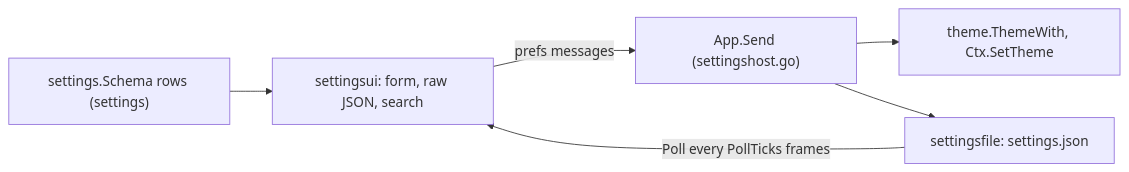
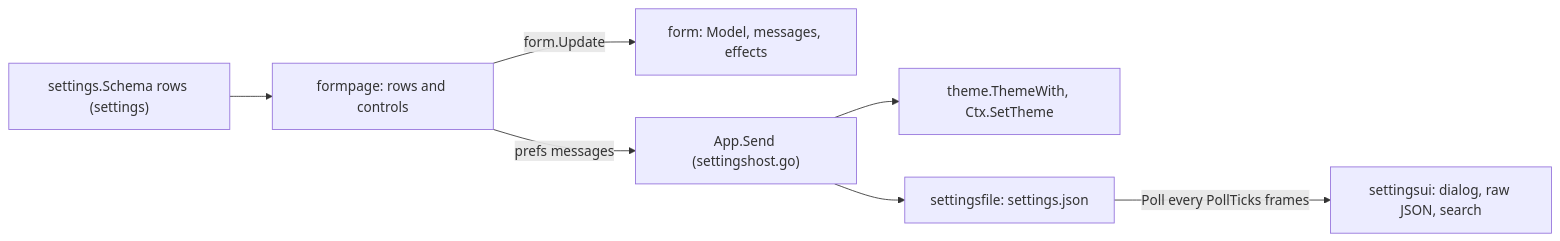
One commit to gascoigne-ai/gascoigne-workshop changed the diagram in internal/feature/settings/FEATURE.md. Above: the diagram before and after it, drawn with Mermaid. The commit also changed other lines of this file and 55 other files, not shown here.

First line of the commit message:
refactor(settings): split settingsui into form, page and shell

````diff
--- a/internal/feature/settings/FEATURE.md
+++ b/internal/feature/settings/FEATURE.md
@@ -17,8 +16,9 @@
 ```mermaid
 flowchart LR
-  schema["settings.Schema rows (settings)"] --> form["settingsui: form, raw JSON, search"]
-  form -- "prefs messages" --> app["App.Send (settingshost.go)"]
+  schema["settings.Schema rows (settings)"] --> formpage["formpage: rows and controls"]
+  formpage -- "form.Update" --> form["form: Model, messages, effects"]
+  formpage -- "prefs messages" --> app["App.Send (settingshost.go)"]
   app --> theme["theme.ThemeWith, Ctx.SetTheme"]
   app --> file["settingsfile: settings.json"]
-  file -- "Poll every PollTicks frames" --> form
+  file -- "Poll every PollTicks frames" --> shell["settingsui: dialog, raw JSON, search"]
 ```
````
